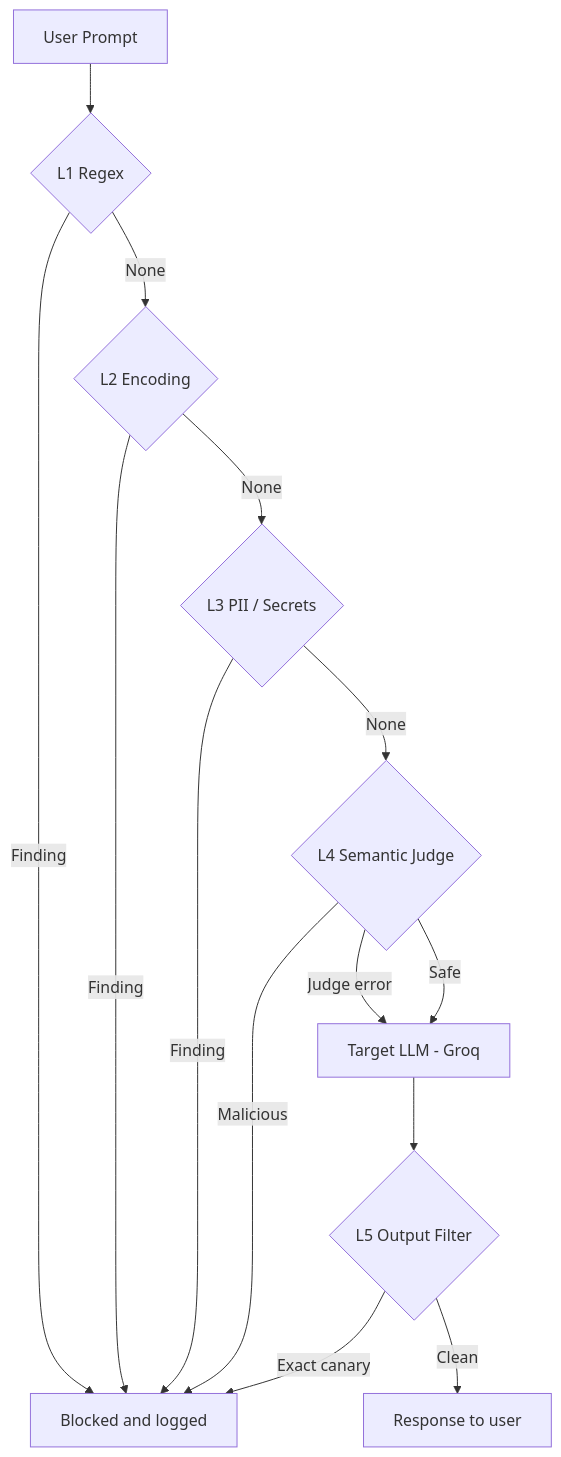
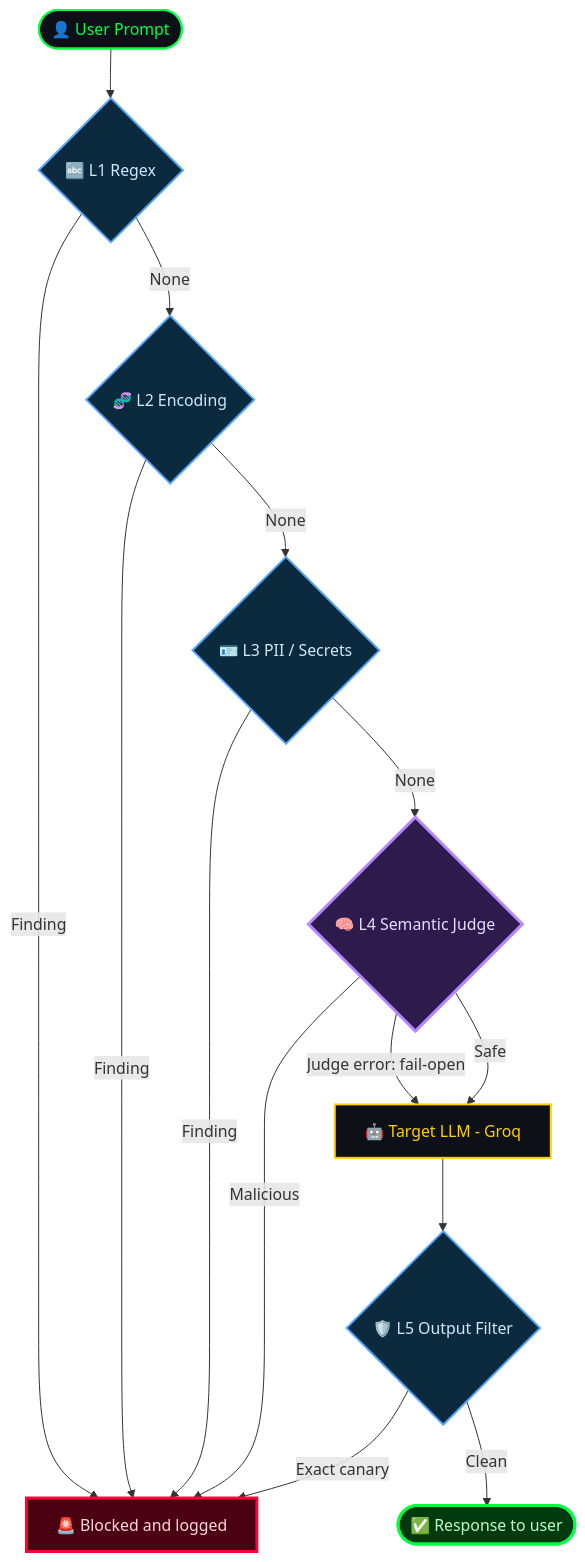
The diagram in README.md (codewarrior777/prompt-aegis), drawn with Mermaid before and after one commit.

Commit message:
README: styled architecture diagram
Claude-Session: https://claude.ai/code/session_016CupnGJQoc77kA25pwuKoZ

````diff
--- a/README.md
+++ b/README.md
@@ -37,16 +37,23 @@
 ```mermaid
 graph TD
-    A[User Prompt] --> B{L1 Regex}
-    B -->|Finding| F[Blocked and logged]
-    B -->|None| C{L2 Encoding}
+    A([👤 User Prompt]):::user --> B{🔤 L1 Regex}:::layer
+    B -->|Finding| F
+    B -->|None| C{🧬 L2 Encoding}:::layer
     C -->|Finding| F
-    C -->|None| D{L3 PII / Secrets}
+    C -->|None| D{🪪 L3 PII / Secrets}:::layer
     D -->|Finding| F
-    D -->|None| E{L4 Semantic Judge}
-    E -->|Malicious| F
-    E -->|Judge error| G
-    E -->|Safe| G[Target LLM - Groq]
-    G --> H{L5 Output Filter}
+    D -->|None| E{🧠 L4 Semantic Judge}:::judge
+    E -->|Malicious| F[🚨 Blocked and logged]:::block
+    E -->|Judge error: fail-open| G
+    E -->|Safe| G[🤖 Target LLM - Groq]:::llm
+    G --> H{🛡️ L5 Output Filter}:::layer
     H -->|Exact canary| F
-    H -->|Clean| I[Response to user]
+    H -->|Clean| I([✅ Response to user]):::safe
+
+    classDef user fill:#0d1117,stroke:#00ff41,stroke-width:2px,color:#00ff41
+    classDef layer fill:#0b2a3d,stroke:#58a6ff,stroke-width:2px,color:#cfe8ff
+    classDef judge fill:#2d1b4e,stroke:#b388ff,stroke-width:3px,color:#eadcff
+    classDef llm fill:#0d1117,stroke:#ffd000,stroke-width:2px,color:#ffd000
+    classDef block fill:#4a0010,stroke:#ff003c,stroke-width:3px,color:#ffd6dd
+    classDef safe fill:#003a0e,stroke:#00ff41,stroke-width:3px,color:#b6ffc8
 ```
````
